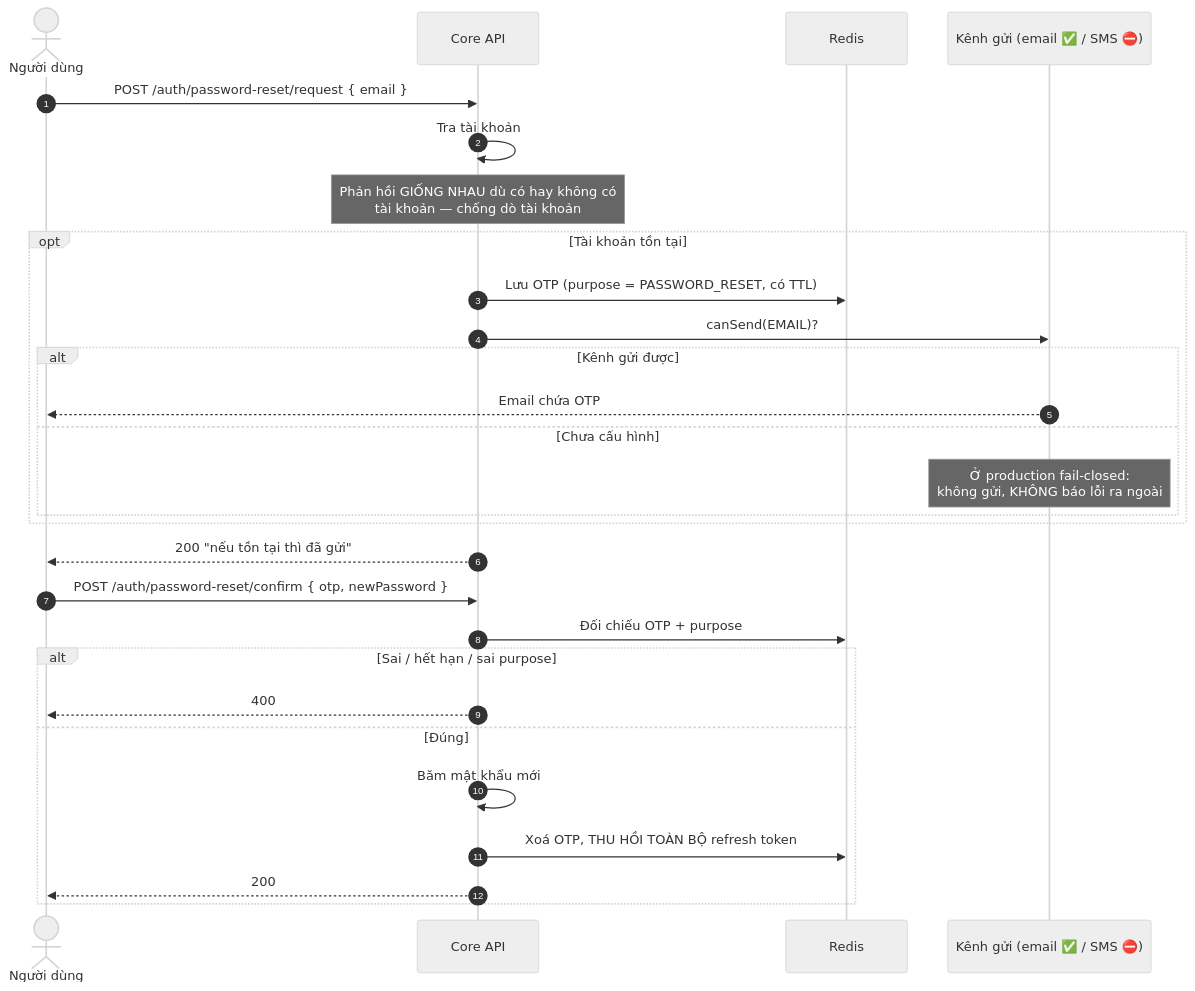
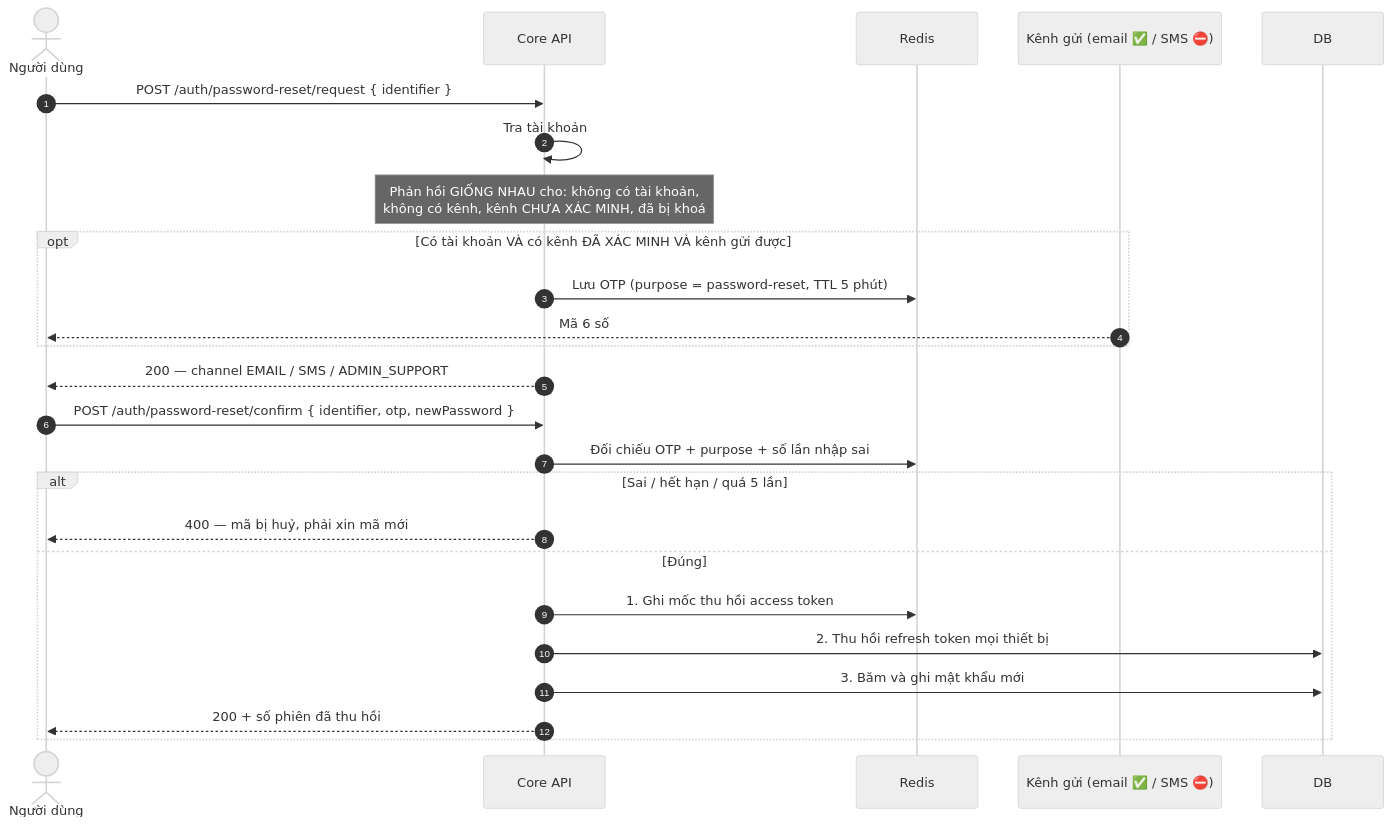
Before and after one commit to fdshn/trueheart: the fifth of 6 diagrams in docs/diagram/01-auth.md, drawn with Mermaid (neutral theme). The commit also changed other lines of this file and 65 other files, not shown here.

First line of the commit message:
feat(auth): xác minh email, đổi mật khẩu, và ba lỗ phiên đăng nhập

````diff
--- a/docs/diagram/01-auth.md
+++ b/docs/diagram/01-auth.md
@@ -95,32 +207,28 @@
 ```mermaid
 sequenceDiagram
     autonumber
     actor U as Người dùng
     participant API as Core API
     participant R as Redis
     participant M as Kênh gửi (email ✅ / SMS ⛔)
 
-    U->>API: POST /auth/password-reset/request { email }
+    U->>API: POST /auth/password-reset/request { identifier }
     API->>API: Tra tài khoản
-    Note over API: Phản hồi GIỐNG NHAU dù có hay không có<br/>tài khoản — chống dò tài khoản
-    opt Tài khoản tồn tại
-        API->>R: Lưu OTP (purpose = PASSWORD_RESET, có TTL)
-        API->>M: canSend(EMAIL)?
-        alt Kênh gửi được
-            M-->>U: Email chứa OTP
-        else Chưa cấu hình
-            Note over M: Ở production fail-closed:<br/>không gửi, KHÔNG báo lỗi ra ngoài
-        end
+    Note over API: Phản hồi GIỐNG NHAU cho: không có tài khoản,<br/>không có kênh, kênh CHƯA XÁC MINH, đã bị khoá
+    opt Có tài khoản VÀ có kênh ĐÃ XÁC MINH VÀ kênh gửi được
+        API->>R: Lưu OTP (purpose = password-reset, TTL 5 phút)
+        M-->>U: Mã 6 số
     end
-    API-->>U: 200 "nếu tồn tại thì đã gửi"
+    API-->>U: 200 — channel EMAIL / SMS / ADMIN_SUPPORT
 
-    U->>API: POST /auth/password-reset/confirm { otp, newPassword }
-    API->>R: Đối chiếu OTP + purpose
-    alt Sai / hết hạn / sai purpose
-        API-->>U: 400
+    U->>API: POST /auth/password-reset/confirm { identifier, otp, newPassword }
+    API->>R: Đối chiếu OTP + purpose + số lần nhập sai
+    alt Sai / hết hạn / quá 5 lần
+        API-->>U: 400 — mã bị huỷ, phải xin mã mới
     else Đúng
-        API->>API: Băm mật khẩu mới
-        API->>R: Xoá OTP, THU HỒI TOÀN BỘ refresh token
-        API-->>U: 200
+        API->>R: 1. Ghi mốc thu hồi access token
+        API->>DB: 2. Thu hồi refresh token mọi thiết bị
+        API->>DB: 3. Băm và ghi mật khẩu mới
+        API-->>U: 200 + số phiên đã thu hồi
     end
 ```
````
